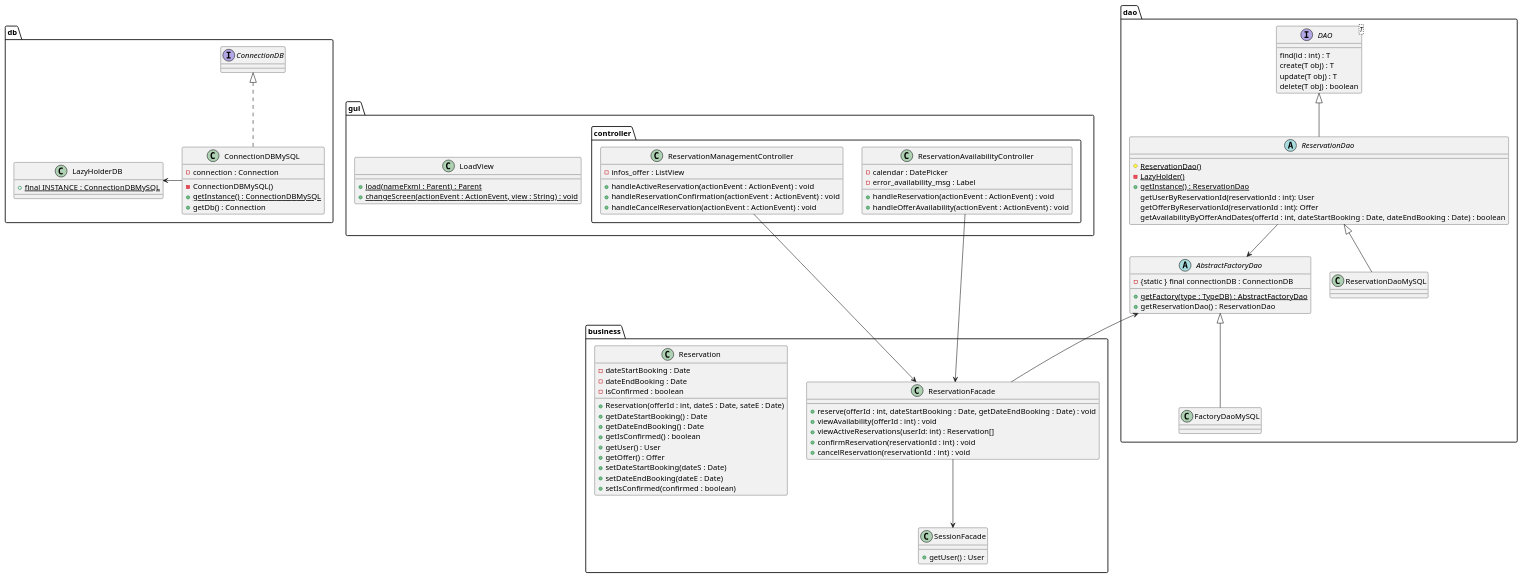
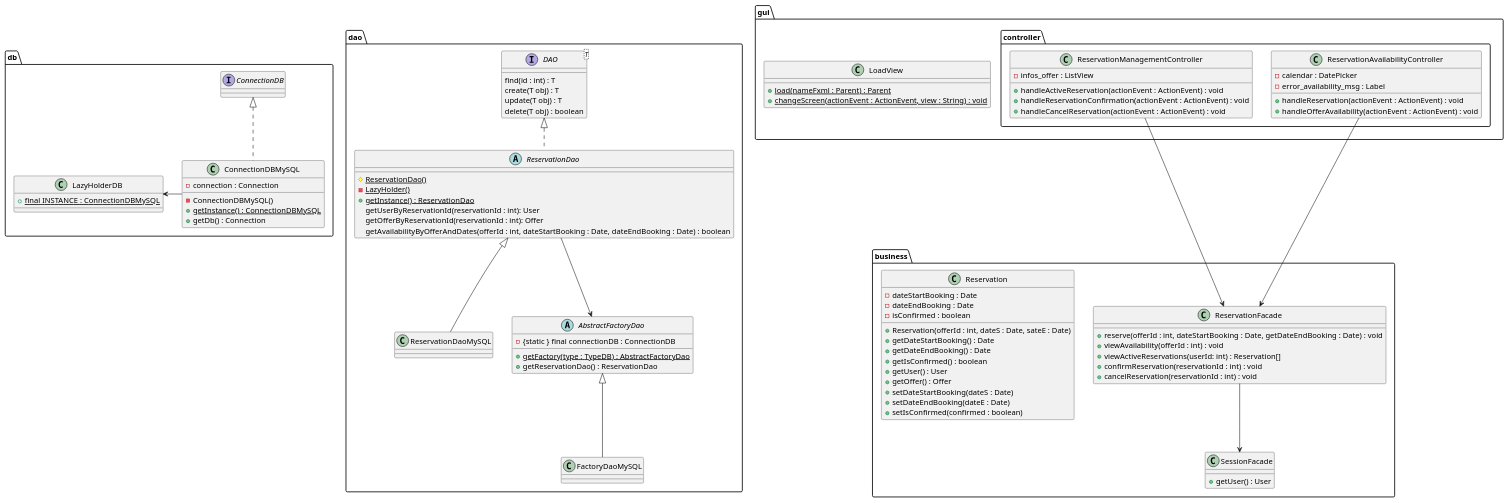
The diagram in documents/diagram/reservation/reservationClass.puml (LaunoisRemy/ToolShare), drawn with PlantUML before and after one commit.

Commit message:
UPDATE RESERVATION CLASS Diagram

```diff
--- a/documents/diagram/reservation/reservationClass.puml
+++ b/documents/diagram/reservation/reservationClass.puml
@@ -1,116 +1,115 @@
 @startuml
 
 package dao {
 
 
     abstract class ReservationDao{
         # {static} ReservationDao()
         - {static} LazyHolder()
         + {static} getInstance() : ReservationDao
         getUserByReservationId(reservationId : int): User
         getOfferByReservationId(reservationId : int): Offer
         getAvailabilityByOfferAndDates(offerId : int, dateStartBooking : Date, dateEndBooking : Date) : boolean
     }
     class ReservationDaoMySQL
     AbstractFactoryDao <|-- FactoryDaoMySQL
     ReservationDao <|-- ReservationDaoMySQL
 
     interface DAO<T>{
         find(id : int) : T
         create(T obj) : T
         update(T obj) : T
         delete(T obj) : boolean
     }
 
     abstract AbstractFactoryDao{
         - {static } final connectionDB : ConnectionDB
         + {static} getFactory(type : TypeDB) : AbstractFactoryDao
         + getReservationDao() : ReservationDao
     }
 
     class FactoryDaoMySQL{
     }
 
 
-    DAO <|-- ReservationDao
+    DAO <|.. ReservationDao
 }
 package db{
     class ConnectionDBMySQL{
         - connection : Connection
         - ConnectionDBMySQL()
         + {static} getInstance() : ConnectionDBMySQL
         + getDb() : Connection
     }
 
     class LazyHolderDB{
         + {static} final INSTANCE : ConnectionDBMySQL
     }
     interface ConnectionDB
     ConnectionDBMySQL -Left-> LazyHolderDB
     ConnectionDBMySQL .up.|> ConnectionDB
 
 }
 package business{
     class SessionFacade{
             + getUser() : User
         }
 
     class ReservationFacade{
         + reserve(offerId : int, dateStartBooking : Date, getDateEndBooking : Date) : void
         + viewAvailability(offerId : int) : void
         + viewActiveReservations(userId: int) : Reservation[]
         + confirmReservation(reservationId : int) : void
         + cancelReservation(reservationId : int) : void
     }
 
     class Reservation{
         -dateStartBooking : Date
         -dateEndBooking : Date
         -isConfirmed : boolean
         +Reservation(offerId : int, dateS : Date, sateE : Date)
         +getDateStartBooking() : Date
         +getDateEndBooking() : Date
         +getIsConfirmed() : boolean
         +getUser() : User
         +getOffer() : Offer
         +setDateStartBooking(dateS : Date)
         +setDateEndBooking(dateE : Date)
         +setIsConfirmed(confirmed : boolean)
     }
     ReservationFacade --> SessionFacade
 
 }
 
 package gui{
 
     class LoadView{
         + {static} load(nameFxml : Parent) : Parent
         + {static} changeScreen(actionEvent : ActionEvent, view : String) : void
     }
 
     package controller{
         class ReservationAvailabilityController{
             - calendar : DatePicker
             - error_availability_msg : Label
             + handleReservation(actionEvent : ActionEvent) : void
             + handleOfferAvailability(actionEvent : ActionEvent) : void
         }
 
         class ReservationManagementController{
             - infos_offer : ListView
             + handleActiveReservation(actionEvent : ActionEvent) : void
             + handleReservationConfirmation(actionEvent : ActionEvent) : void
             + handleCancelReservation(actionEvent : ActionEvent) : void
         }
 
     }
 }
 
 ReservationFacade <--Up- ReservationAvailabilityController
 ReservationFacade <--Up- ReservationManagementController
-ReservationFacade -Up-> AbstractFactoryDao
 ReservationDao --> AbstractFactoryDao
 
 
 
 @enduml
```
